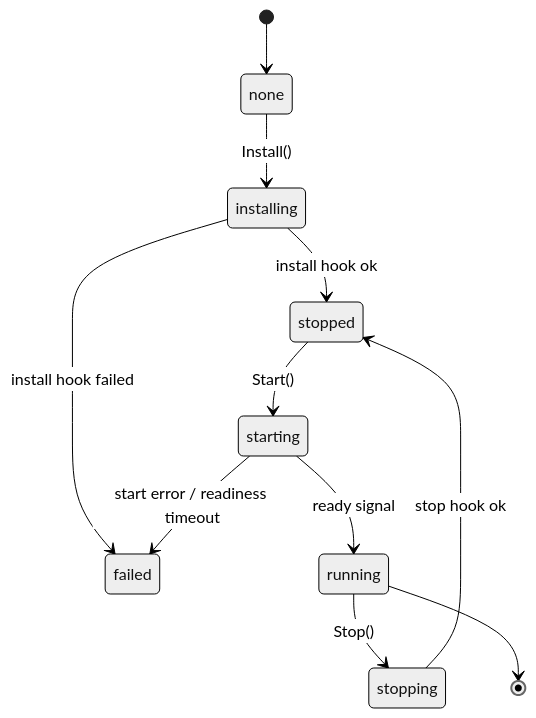
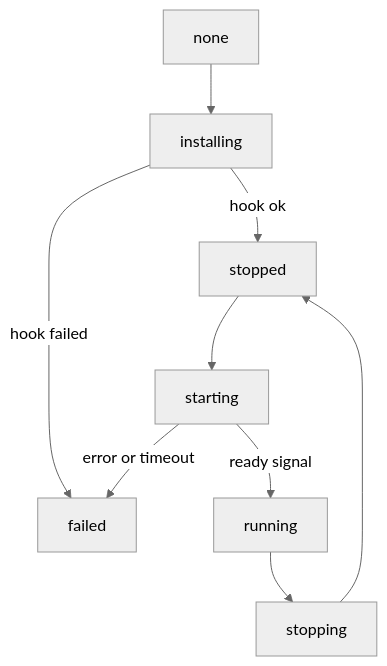
The first of 2 diagrams in site/content/internals/supervisor.md (carlosprados/keystone), drawn with Mermaid (neutral theme) before and after one commit. The commit also changed other lines of this file and 58 other files, not shown here.

First line of the commit message:
docs: generated OpenAPI reference, examples chapter, legible diagrams

````diff
--- a/site/content/internals/supervisor.md
+++ b/site/content/internals/supervisor.md
@@ -14,13 +12,11 @@
 ```mermaid
-stateDiagram-v2
-    [*] --> none
-    none --> installing: Install()
-    installing --> stopped: install hook ok
-    installing --> failed: install hook failed
-    stopped --> starting: Start()
-    starting --> running: ready signal
-    starting --> failed: start error / readiness timeout
-    running --> stopping: Stop()
-    stopping --> stopped: stop hook ok
-    running --> [*]
+flowchart TB
+    A["none"] --> B["installing"]
+    B -- "hook ok" --> C["stopped"]
+    B -- "hook failed" --> F["failed"]
+    C --> D["starting"]
+    D -- "ready signal" --> E["running"]
+    D -- "error or timeout" --> F
+    E --> G["stopping"]
+    G --> C
 ```
````
